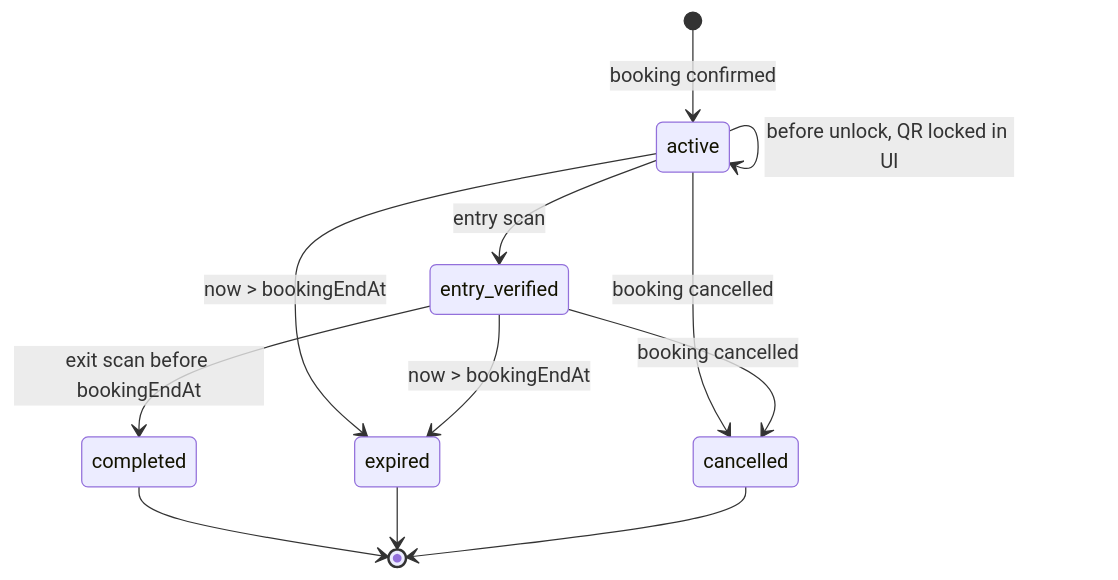
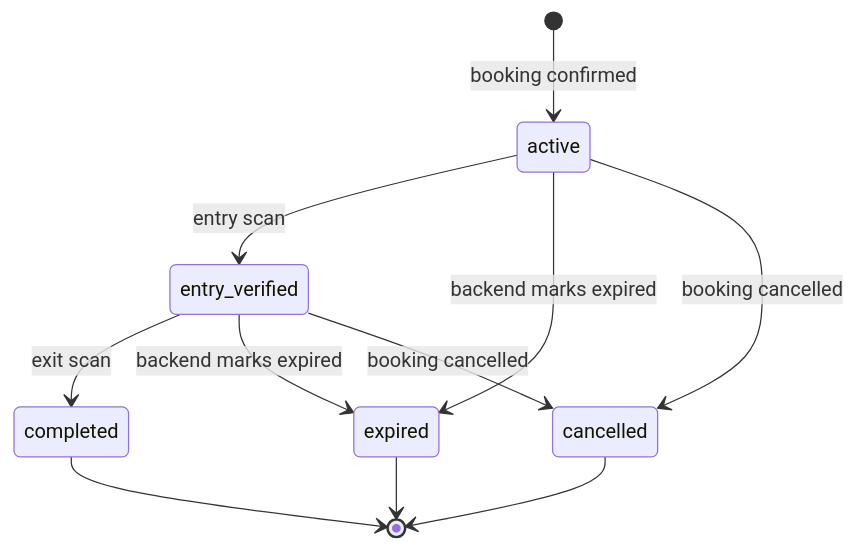
Before and after one commit to snehil-pandey/smart-parking-occupancy-system: the diagram in docs/QR_VERIFICATION_FLOW.md, drawn with Mermaid. The commit also changed other lines of this file and 11 other files, not shown here.

````diff
--- a/docs/QR_VERIFICATION_FLOW.md
+++ b/docs/QR_VERIFICATION_FLOW.md
@@ -43,14 +43,13 @@
 ```mermaid
 stateDiagram-v2
   [*] --> active: booking confirmed
-  active --> active: before unlock, QR locked in UI
   active --> entry_verified: entry scan
-  entry_verified --> completed: exit scan before bookingEndAt
-  active --> expired: now > bookingEndAt
-  entry_verified --> expired: now > bookingEndAt
+  entry_verified --> completed: exit scan
+  active --> expired: backend marks expired
+  entry_verified --> expired: backend marks expired
   active --> cancelled: booking cancelled
   entry_verified --> cancelled: booking cancelled
   completed --> [*]
   expired --> [*]
   cancelled --> [*]
 ```
````
